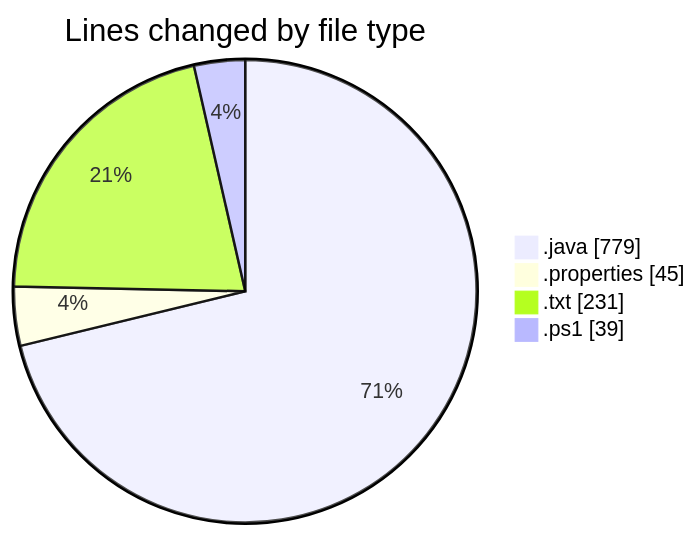
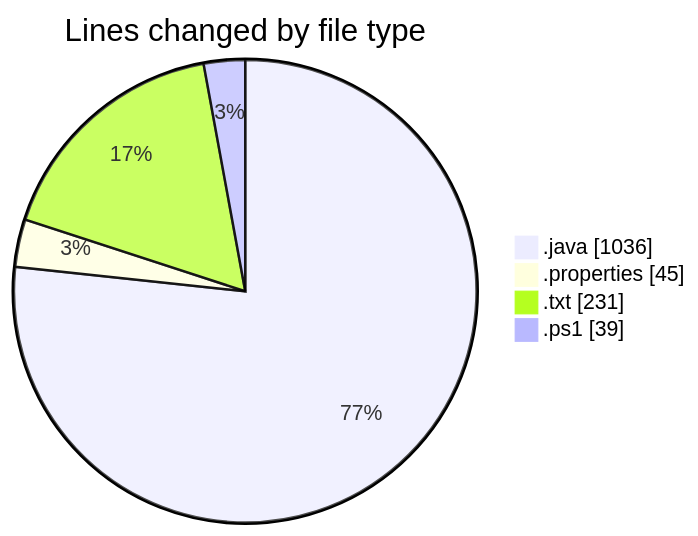
The first of 2 diagrams in 2026-03-03/cilapp/README.md (ricardozamudiocil/code-tracking), drawn with Mermaid before and after one commit. The commit also changed other lines of this file and 2 other files, not shown here.

````diff
--- a/2026-03-03/cilapp/README.md
+++ b/2026-03-03/cilapp/README.md
@@ -27,8 +27,8 @@
 ```mermaid
 pie showData
 title Lines changed by file type
-".java" : 779
+".java" : 1036
 ".properties" : 45
 ".txt" : 231
 ".ps1" : 39
 ```
````
